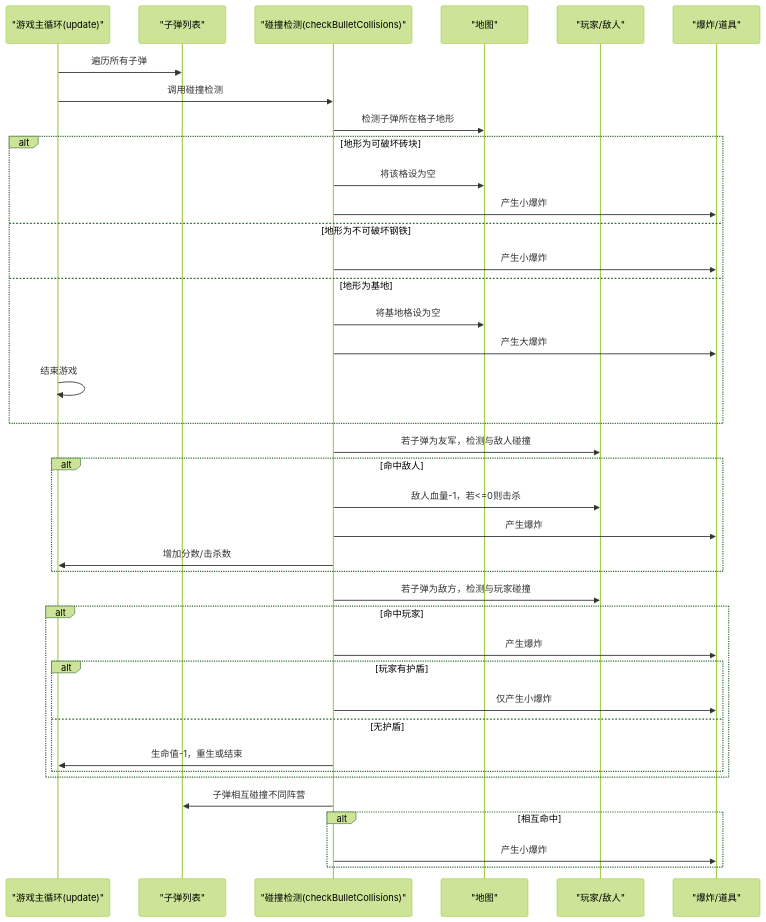
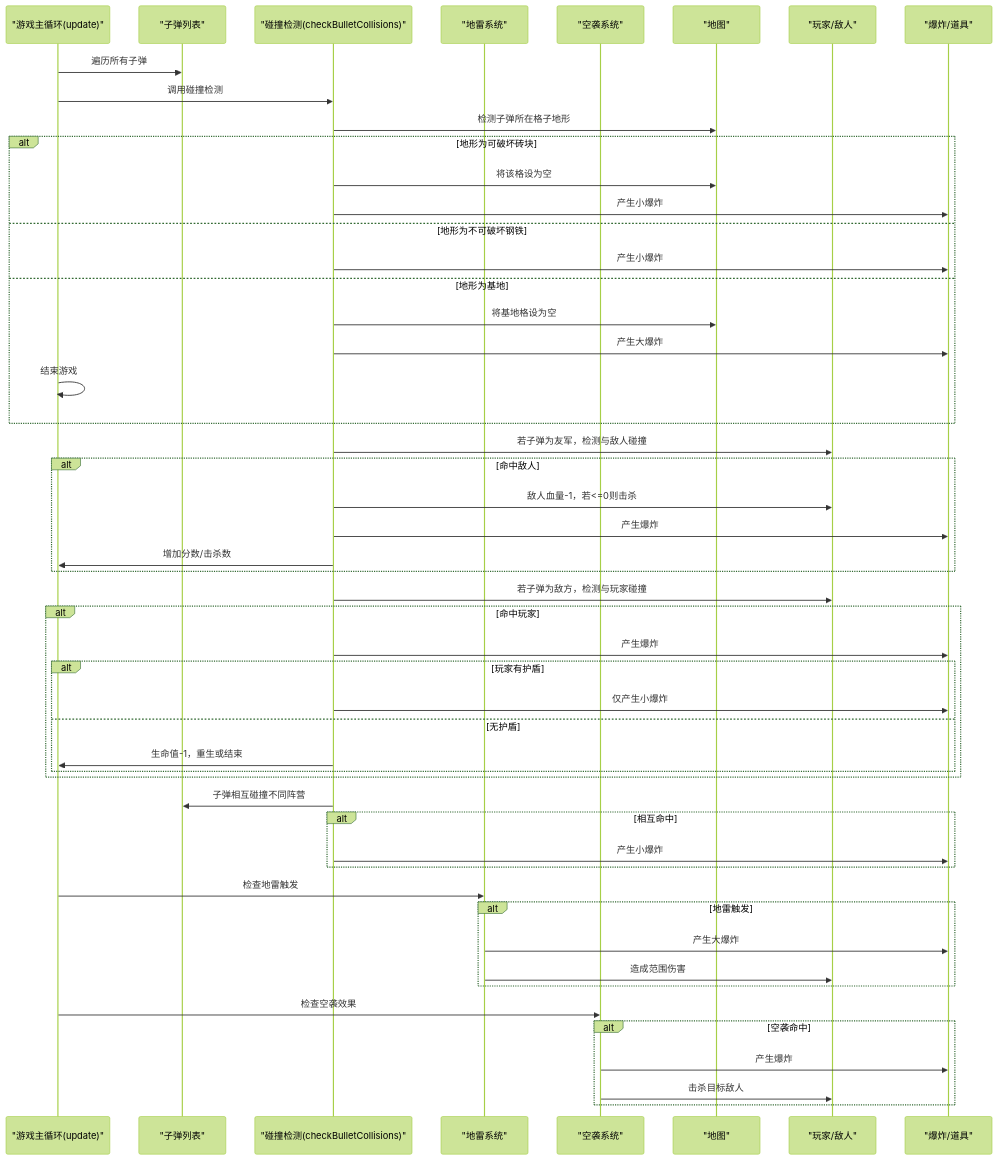
Before and after one commit to mrancc/reimagined-journey: the second of 5 diagrams in .qoder/repowiki/zh/content/游戏机制/碰撞检测系统.md, drawn with Mermaid (forest theme). The commit also changed other lines of this file and 8 other files, not shown here.

````diff
--- a/.qoder/repowiki/zh/content/游戏机制/碰撞检测系统.md
+++ b/.qoder/repowiki/zh/content/游戏机制/碰撞检测系统.md
@@ -74,41 +86,53 @@
 ```mermaid
 sequenceDiagram
 participant Game as "游戏主循环(update)"
 participant Bullets as "子弹列表"
 participant Coll as "碰撞检测(checkBulletCollisions)"
+participant Mines as "地雷系统"
+participant Airstrike as "空袭系统"
 participant Map as "地图"
 participant Tanks as "玩家/敌人"
 participant Effects as "爆炸/道具"
 Game->>Bullets : 遍历所有子弹
 Game->>Coll : 调用碰撞检测
 Coll->>Map : 检测子弹所在格子地形
 alt 地形为可破坏砖块
 Coll->>Map : 将该格设为空
 Coll->>Effects : 产生小爆炸
 else 地形为不可破坏钢铁
 Coll->>Effects : 产生小爆炸
 else 地形为基地
 Coll->>Map : 将基地格设为空
 Coll->>Effects : 产生大爆炸
 Game->>Game : 结束游戏
 end
 Coll->>Tanks : 若子弹为友军，检测与敌人碰撞
 alt 命中敌人
 Coll->>Tanks : 敌人血量-1，若<=0则击杀
 Coll->>Effects : 产生爆炸
 Coll->>Game : 增加分数/击杀数
 end
 Coll->>Tanks : 若子弹为敌方，检测与玩家碰撞
 alt 命中玩家
 Coll->>Effects : 产生爆炸
 alt 玩家有护盾
 Coll->>Effects : 仅产生小爆炸
 else 无护盾
 Coll->>Game : 生命值-1，重生或结束
 end
 end
 Coll->>Bullets : 子弹相互碰撞不同阵营
 alt 相互命中
 Coll->>Effects : 产生小爆炸
 end
+Game->>Mines : 检查地雷触发
+alt 地雷触发
+Mines->>Effects : 产生大爆炸
+Mines->>Tanks : 造成范围伤害
+end
+Game->>Airstrike : 检查空袭效果
+alt 空袭命中
+Airstrike->>Effects : 产生爆炸
+Airstrike->>Tanks : 击杀目标敌人
+end
 ```
````
